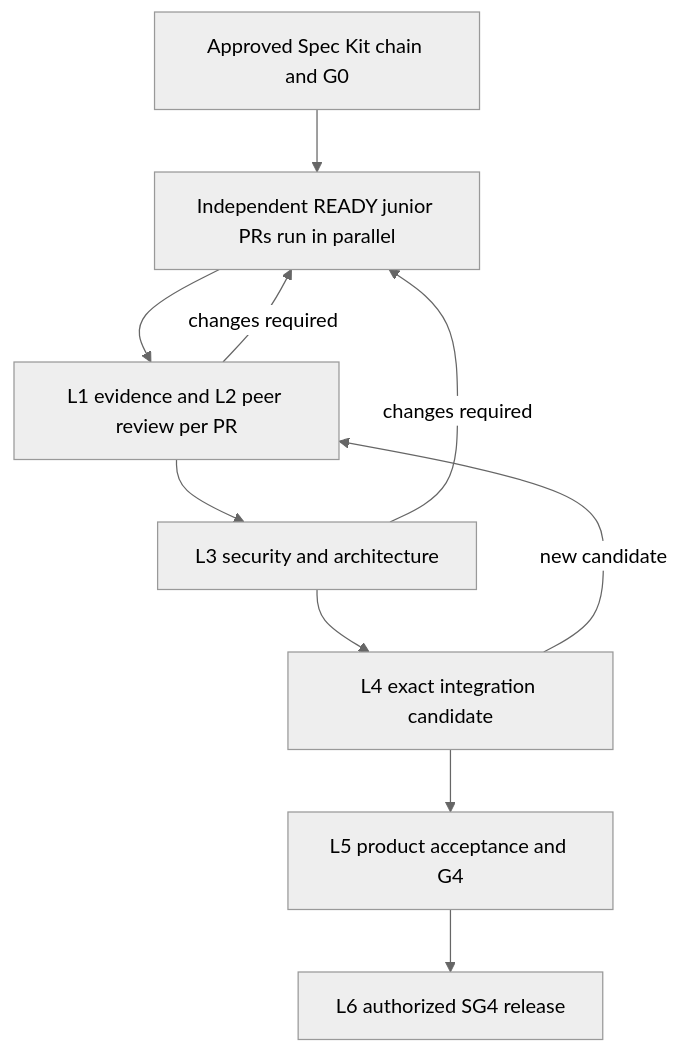
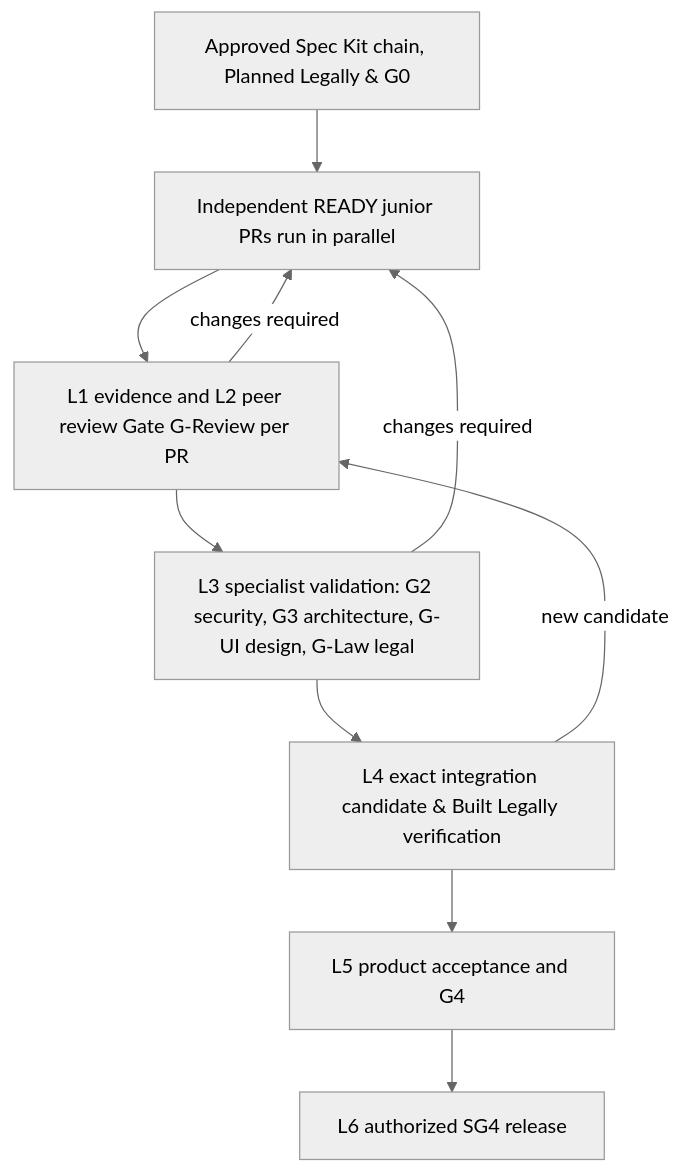
One commit to maheraladdin/some-commerce changed the diagram in docs/COMPANY_ROLES_AND_AGENT_PROFILES.md. Above: the diagram before and after it, drawn with Mermaid (neutral theme). The commit also changed other lines of this file and 6 other files, not shown here.

Commit message:
feat(agents): add ui-ux-designer role, frontend division of labor, and two-phase legal verification

````diff
--- a/docs/COMPANY_ROLES_AND_AGENT_PROFILES.md
+++ b/docs/COMPANY_ROLES_AND_AGENT_PROFILES.md
@@ -68,12 +68,12 @@
 ```mermaid
 flowchart TD
-    S[Approved Spec Kit chain and G0] --> A[Independent READY junior PRs run in parallel]
-    A --> P[L1 evidence and L2 peer review per PR]
-    P --> Q[L3 security and architecture]
-    Q --> I[L4 exact integration candidate]
-    I --> U[L5 product acceptance and G4]
-    U --> R[L6 authorized SG4 release]
+    S["Approved Spec Kit chain, Planned Legally & G0"] --> A["Independent READY junior PRs run in parallel"]
+    A --> P["L1 evidence and L2 peer review Gate G-Review per PR"]
+    P --> Q["L3 specialist validation: G2 security, G3 architecture, G-UI design, G-Law legal"]
+    Q --> I["L4 exact integration candidate & Built Legally verification"]
+    I --> U["L5 product acceptance and G4"]
+    U --> R["L6 authorized SG4 release"]
     P -->|changes required| A
     Q -->|changes required| A
     I -->|new candidate| P
 ```
````
